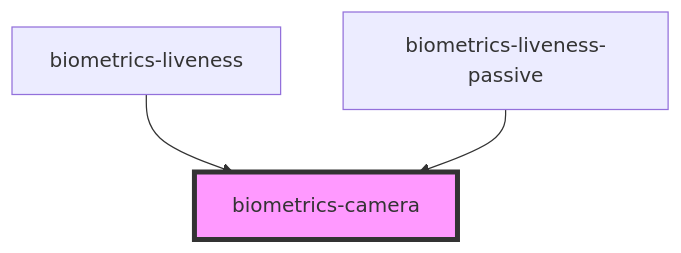
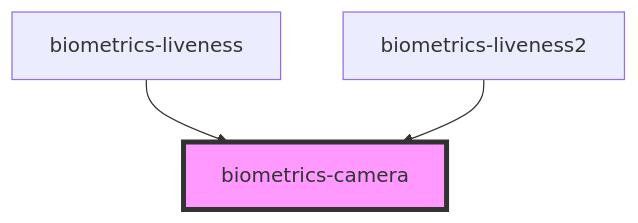
The diagram in src/components/camera/readme.md (luismanuelamengual/Biometrics-Components), drawn with Mermaid before and after one commit. The commit also changed other lines of this file and 9 other files, not shown here.

Commit message:
Renombre de liveness_passive por liveness2

````diff
--- a/src/components/camera/readme.md
+++ b/src/components/camera/readme.md
@@ -79,6 +79,6 @@
 ```mermaid
 graph TD;
   biometrics-liveness --> biometrics-camera
-  biometrics-liveness-passive --> biometrics-camera
+  biometrics-liveness2 --> biometrics-camera
   style biometrics-camera fill:#f9f,stroke:#333,stroke-width:4px
 ```
````
